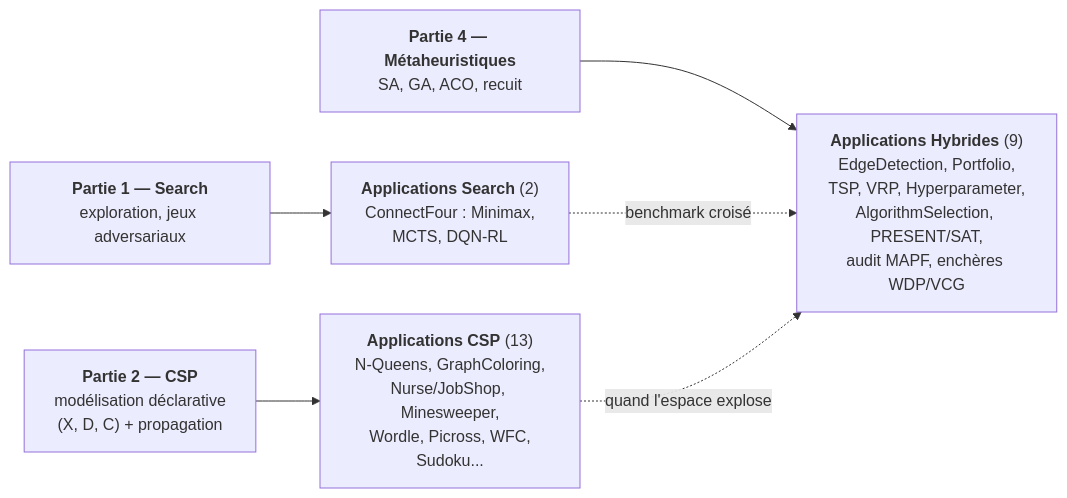
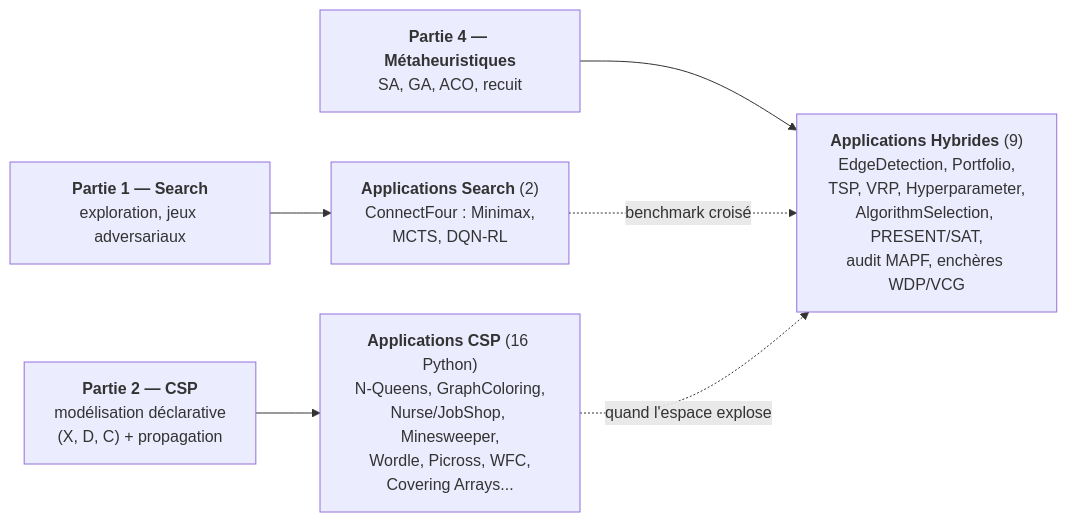
One commit to jsboige/CoursIA changed the diagram in MyIA.AI.Notebooks/Search/Applications/README.md. Above: the diagram before and after it, drawn with Mermaid. The commit also changed other lines of this file and 4 other files, not shown here.

Commit message:
feat(search): add covering arrays guarantee audit

````diff
--- a/MyIA.AI.Notebooks/Search/Applications/README.md
+++ b/MyIA.AI.Notebooks/Search/Applications/README.md
@@ -38,14 +38,14 @@
 ```mermaid
 flowchart LR
     P1["<b>Partie 1 — Search</b><br/>exploration, jeux adversariaux"]
     P2["<b>Partie 2 — CSP</b><br/>modélisation déclarative<br/>(X, D, C) + propagation"]
     P4["<b>Partie 4 — Métaheuristiques</b><br/>SA, GA, ACO, recuit"]
     S["<b>Applications Search</b> (2)<br/>ConnectFour : Minimax,<br/>MCTS, DQN-RL"]
-    C["<b>Applications CSP</b> (13)<br/>N-Queens, GraphColoring,<br/>Nurse/JobShop, Minesweeper,<br/>Wordle, Picross, WFC,<br/>Sudoku..."]
+    C["<b>Applications CSP</b> (16 Python)<br/>N-Queens, GraphColoring,<br/>Nurse/JobShop, Minesweeper,<br/>Wordle, Picross, WFC,<br/>Covering Arrays..."]
     H["<b>Applications Hybrides</b> (9)<br/>EdgeDetection, Portfolio,<br/>TSP, VRP, Hyperparameter,<br/>AlgorithmSelection, PRESENT/SAT,<br/>audit MAPF, enchères WDP/VCG"]
     P1 --> S
     P2 --> C
     P4 --> H
     S -.->|"benchmark croisé"| H
     C -.->|"quand l'espace explose"| H
 ```
````
